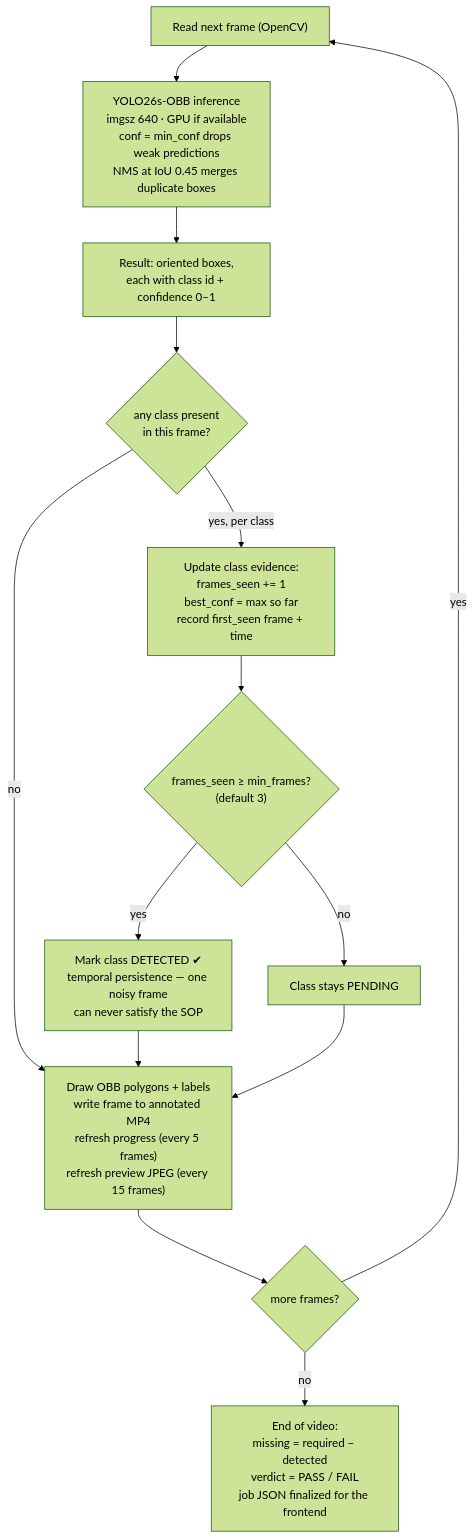
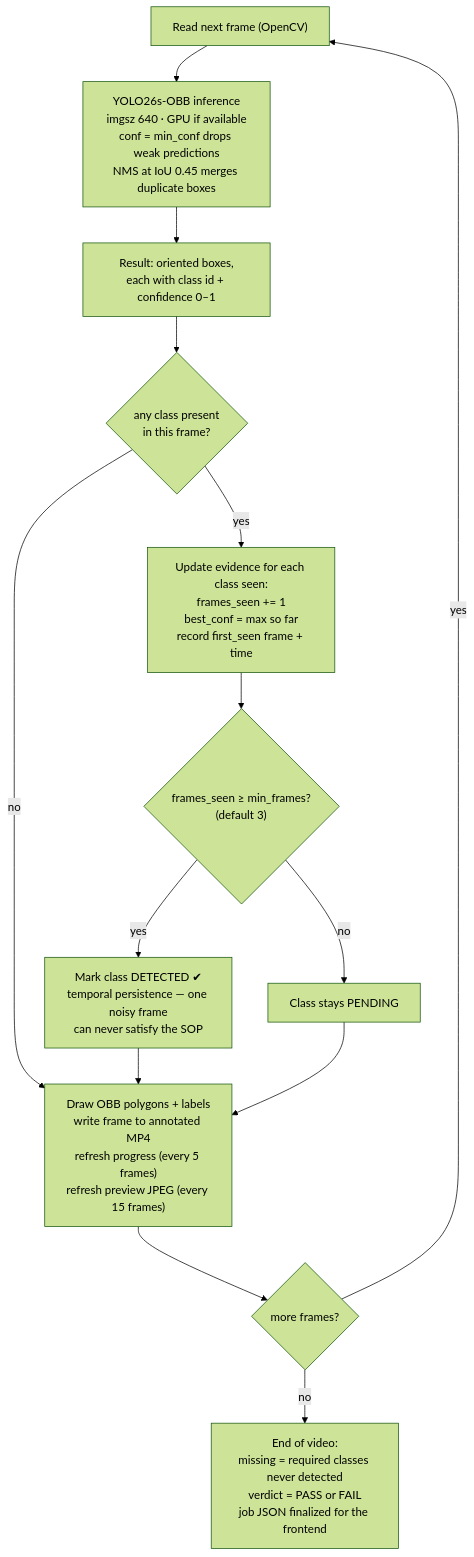
The second of 2 diagrams in README.md (hibikiyoyo/poc_sop), drawn with Mermaid (forest theme) before and after one commit. The commit also changed other lines of this file, not shown here.

````diff
--- a/README.md
+++ b/README.md
@@ -73,16 +72,16 @@
 ```mermaid
 flowchart TD
     READ["Read next frame (OpenCV)"] --> INFER["YOLO26s-OBB inference<br/>imgsz 640 · GPU if available<br/>conf = min_conf drops weak predictions<br/>NMS at IoU 0.45 merges duplicate boxes"]
     INFER --> BOXES["Result: oriented boxes,<br/>each with class id + confidence 0–1"]
     BOXES --> ANY{"any class present<br/>in this frame?"}
-    ANY -->|yes, per class| STATS["Update class evidence:<br/>frames_seen += 1<br/>best_conf = max so far<br/>record first_seen frame + time"]
+    ANY -->|yes| STATS["Update evidence for each class seen:<br/>frames_seen += 1<br/>best_conf = max so far<br/>record first_seen frame + time"]
     ANY -->|no| DRAW
     STATS --> PERSIST{"frames_seen ≥ min_frames?<br/>(default 3)"}
     PERSIST -->|yes| DET["Mark class DETECTED ✔<br/>temporal persistence — one noisy frame<br/>can never satisfy the SOP"]
     PERSIST -->|no| PEND["Class stays PENDING"]
     DET --> DRAW["Draw OBB polygons + labels<br/>write frame to annotated MP4<br/>refresh progress (every 5 frames)<br/>refresh preview JPEG (every 15 frames)"]
     PEND --> DRAW
     DRAW --> MORE{"more frames?"}
     MORE -->|yes| READ
-    MORE -->|no| WRAP["End of video:<br/>missing = required − detected<br/>verdict = PASS / FAIL<br/>job JSON finalized for the frontend"]
+    MORE -->|no| WRAP["End of video:<br/>missing = required classes never detected<br/>verdict = PASS or FAIL<br/>job JSON finalized for the frontend"]
 ```
````
